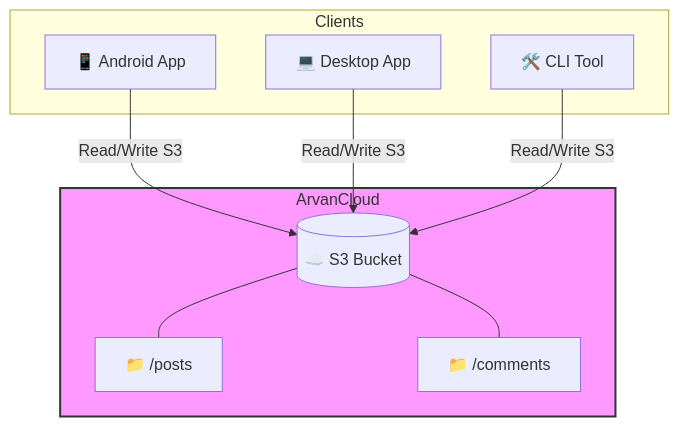
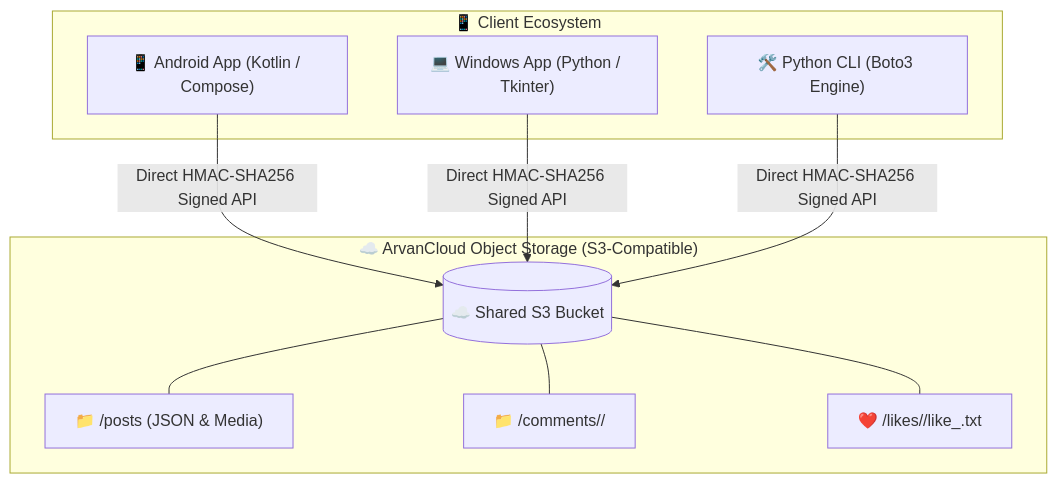
One commit to HasanMfar/arvanshare changed the diagram in README.md. Above: the diagram before and after it, drawn with Mermaid. The commit also changed other lines of this file and 11 other files, not shown here.

````diff
--- a/README.md
+++ b/README.md
@@ -54,23 +65,22 @@
 ```mermaid
 graph TD
-    subgraph Clients
-        A[📱 Android App]
-        B[💻 Desktop App]
-        C[🛠️ CLI Tool]
+    subgraph Clients["📱 Client Ecosystem"]
+        A["📱 Android App (Kotlin / Compose)"]
+        B["💻 Windows App (Python / Tkinter)"]
+        C["🛠️ Python CLI (Boto3 Engine)"]
     end
 
-    subgraph ArvanCloud
-        S3[(☁️ S3 Bucket)]
-        P[📁 /posts]
-        C_DIR[📁 /comments]
+    subgraph ArvanCloud["☁️ ArvanCloud Object Storage (S3-Compatible)"]
+        S3[("☁️ Shared S3 Bucket")]
+        P["📁 /posts (JSON & Media)"]
+        C_DIR["📁 /comments/<post_id>/"]
+        L_DIR["❤️ /likes/<post_id>/like_<user>.txt"]
         S3 --- P
         S3 --- C_DIR
+        S3 --- L_DIR
     end
 
-    A -->|Read/Write S3| S3
-    B -->|Read/Write S3| S3
-    C -->|Read/Write S3| S3
-
-    classDef cloud fill:#f9f,stroke:#333,stroke-width:2px;
-    class ArvanCloud cloud;
+    A -->|Direct HMAC-SHA256 Signed API| S3
+    B -->|Direct HMAC-SHA256 Signed API| S3
+    C -->|Direct HMAC-SHA256 Signed API| S3
 ```
````
